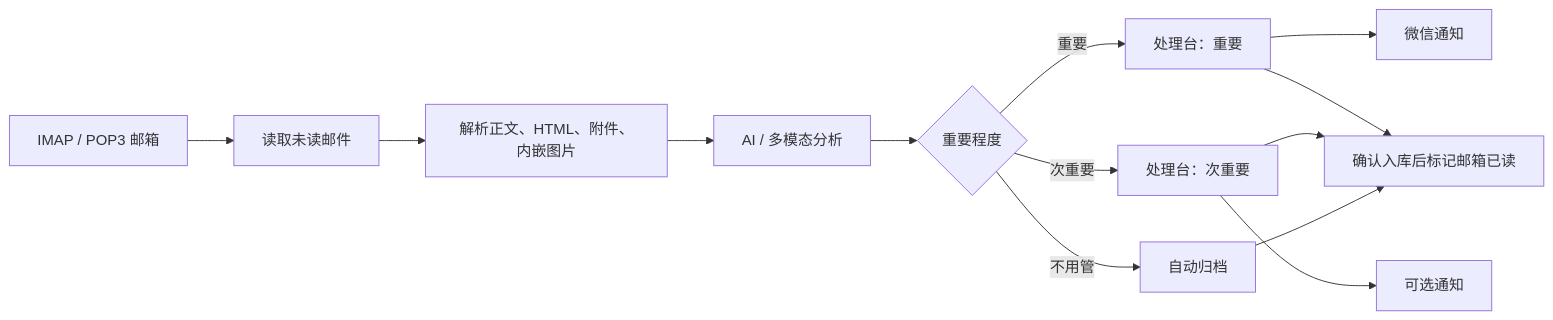
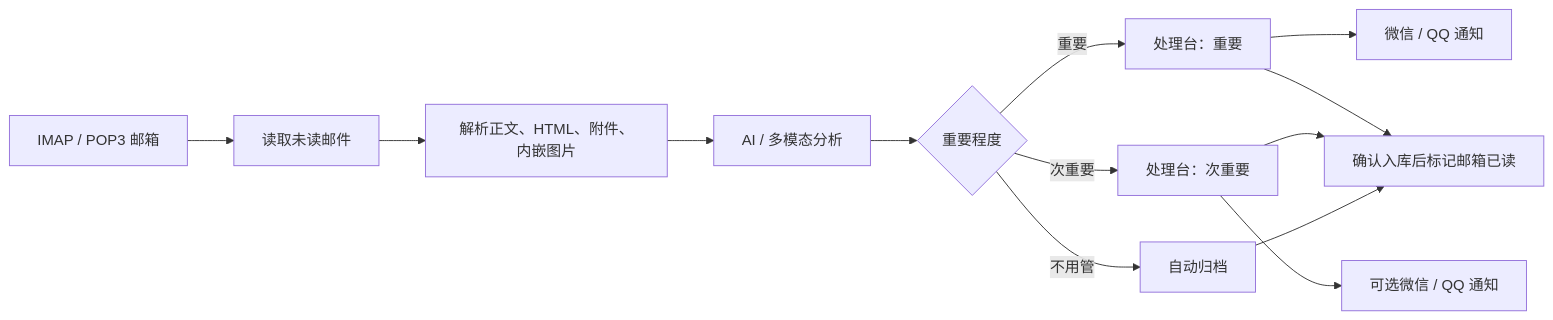
One commit to Ha22yX/auto-email-system changed the diagram in README.zh-CN.md. Above: the diagram before and after it, drawn with Mermaid. The commit also changed other lines of this file and 2 other files, not shown here.

````diff
--- a/README.zh-CN.md
+++ b/README.zh-CN.md
@@ -147,15 +148,15 @@
 ```mermaid
 flowchart LR
   A["IMAP / POP3 邮箱"] --> B["读取未读邮件"]
   B --> C["解析正文、HTML、附件、内嵌图片"]
   C --> D["AI / 多模态分析"]
   D --> E{"重要程度"}
   E -->|重要| F["处理台：重要"]
   E -->|次重要| G["处理台：次重要"]
   E -->|不用管| H["自动归档"]
-  F --> I["微信通知"]
-  G --> J["可选通知"]
+  F --> I["微信 / QQ 通知"]
+  G --> J["可选微信 / QQ 通知"]
   F --> K["确认入库后标记邮箱已读"]
   G --> K
   H --> K
 ```
````
